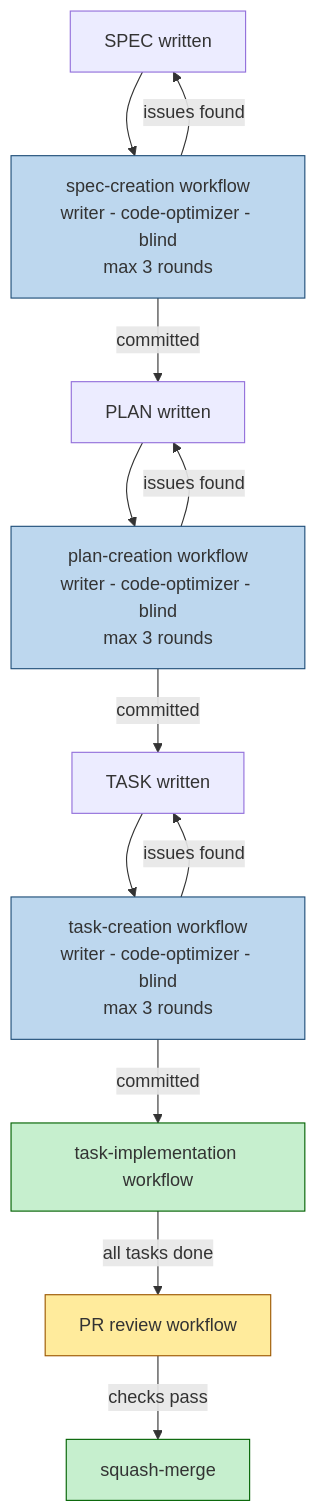
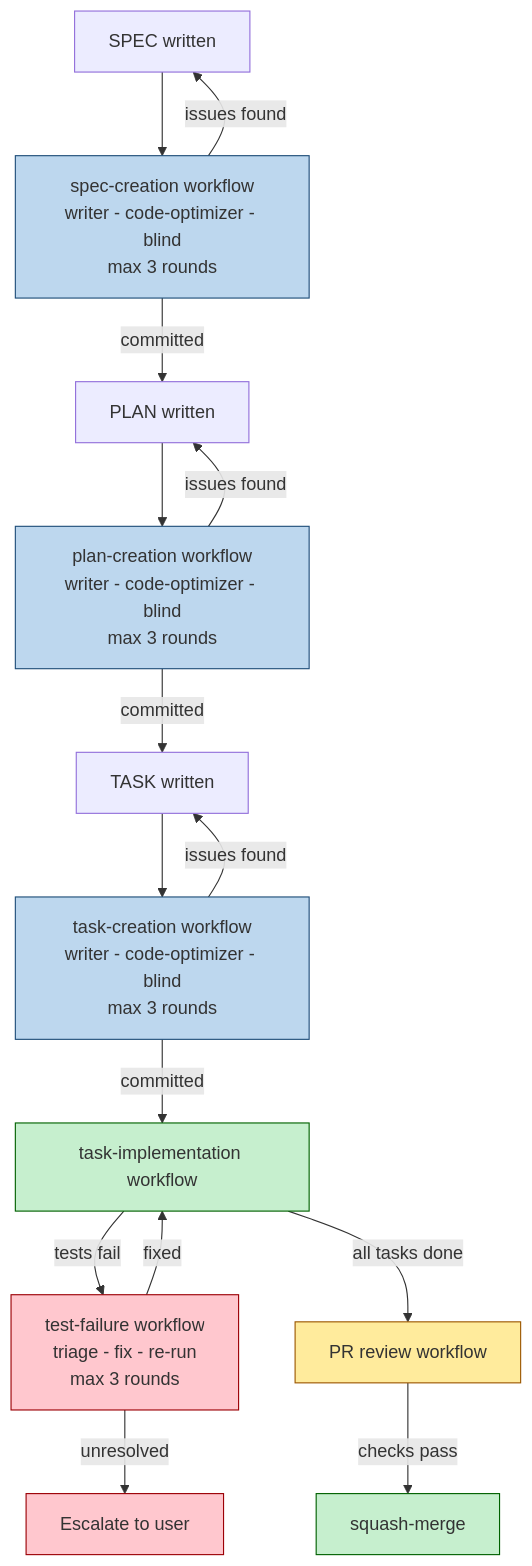
Before and after one commit to bperin/project-context: the first of 4 diagrams in src/workflows/overview.md, drawn with Mermaid. The commit also changed other lines of this file and 5 other files, not shown here.

First line of the commit message:
add test-failure workflow — structured triage loop for failing tests

````diff
--- a/src/workflows/overview.md
+++ b/src/workflows/overview.md
@@ -7,22 +7,27 @@
 ```mermaid
 flowchart TD
     SPEC["SPEC written"] --> SPECW["spec-creation workflow<br/>writer - code-optimizer - blind<br/>max 3 rounds"]
     SPECW -->|committed| PLAN["PLAN written"]
     PLAN --> PLANW["plan-creation workflow<br/>writer - code-optimizer - blind<br/>max 3 rounds"]
     PLANW -->|committed| TASK["TASK written"]
     TASK --> TASKW["task-creation workflow<br/>writer - code-optimizer - blind<br/>max 3 rounds"]
     TASKW -->|committed| IMPL["task-implementation workflow"]
+    IMPL -->|tests fail| TF["test-failure workflow<br/>triage - fix - re-run<br/>max 3 rounds"]
+    TF -->|fixed| IMPL
+    TF -->|unresolved| ESC["Escalate to user"]
     IMPL -->|all tasks done| PR["PR review workflow"]
     PR -->|checks pass| MERGE["squash-merge"]
 
     SPECW -->|issues found| SPEC
     PLANW -->|issues found| PLAN
     TASKW -->|issues found| TASK
 
     style SPECW fill:#BDD7EE,stroke:#1F4E79
     style PLANW fill:#BDD7EE,stroke:#1F4E79
     style TASKW fill:#BDD7EE,stroke:#1F4E79
     style IMPL fill:#C6EFCE,stroke:#006100
+    style TF fill:#FFC7CE,stroke:#9C0006
+    style ESC fill:#FFC7CE,stroke:#9C0006
     style PR fill:#FFEB9C,stroke:#9C5700
     style MERGE fill:#C6EFCE,stroke:#006100
 ```
````
